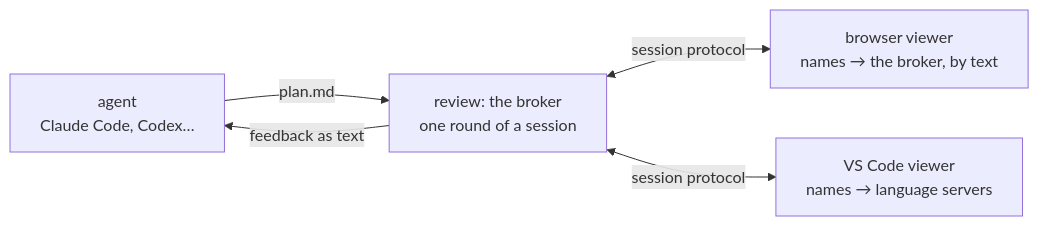
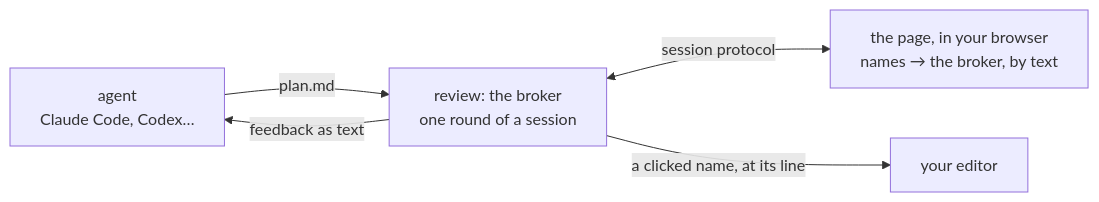
The diagram in README.md (shyamalaravind/graphify-review), drawn with Mermaid before and after one commit. The commit also changed other lines of this file and 11 other files, not shown here.

First line of the commit message:
Archive the VS Code viewer: graphify-review opens in the browser only

````diff
--- a/README.md
+++ b/README.md
@@ -28,7 +28,7 @@
 ```mermaid
 flowchart LR
   A["agent<br/>Claude Code, Codex…"] -->|"plan.md"| B["review: the broker<br/>one round of a session"]
-  B <-->|"session protocol"| W["browser viewer<br/>names → the broker, by text"]
-  B <-->|"session protocol"| V["VS Code viewer<br/>names → language servers"]
+  B <-->|"session protocol"| W["the page, in your browser<br/>names → the broker, by text"]
+  B -->|"a clicked name, at its line"| E["your editor"]
   B -->|"feedback as text"| A
 ```
````
